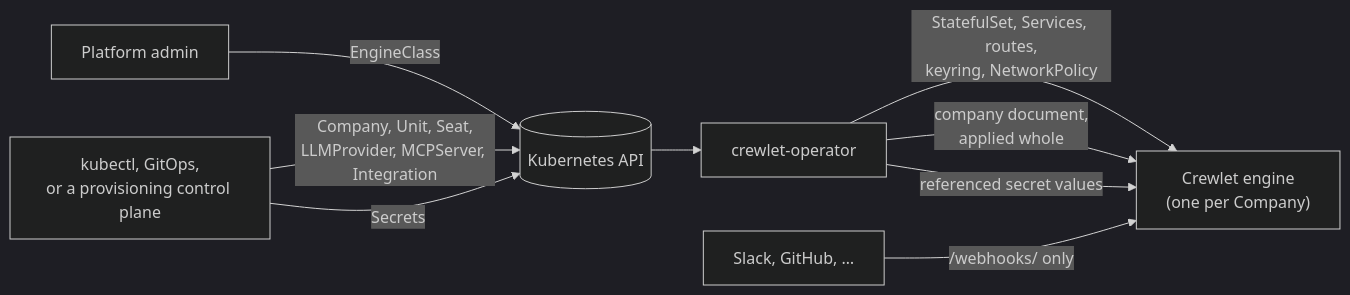
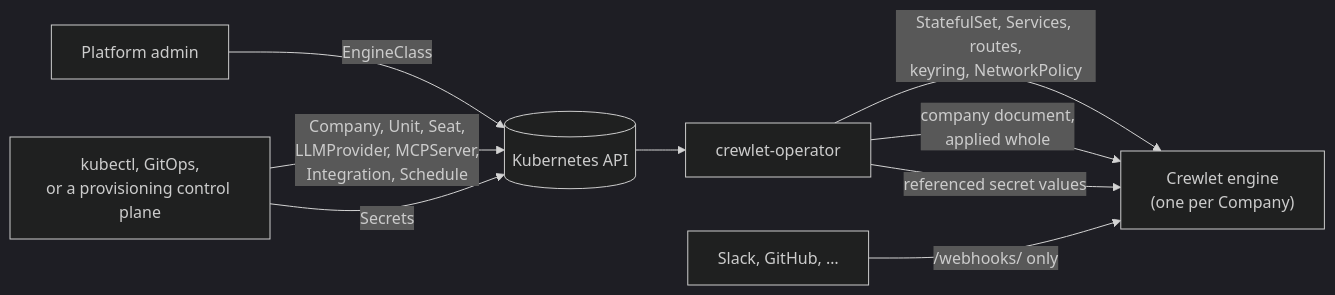
The diagram in README.md (crewlet/crewlet-operator), drawn with Mermaid (dark theme) before and after one commit. The commit also changed other lines of this file and 57 other files, not shown here.

````diff
--- a/README.md
+++ b/README.md
@@ -46,11 +46,11 @@
 ```mermaid
 flowchart LR
     platform["Platform admin"] -- EngineClass --> kapi[("Kubernetes API")]
-    users["kubectl, GitOps,<br/>or a provisioning control plane"] -- "Company, Unit, Seat,<br/>LLMProvider, MCPServer, Integration" --> kapi
+    users["kubectl, GitOps,<br/>or a provisioning control plane"] -- "Company, Unit, Seat,<br/>LLMProvider, MCPServer,<br/>Integration, Schedule" --> kapi
     users -- Secrets --> kapi
     kapi --> operator["crewlet-operator"]
     operator -- "StatefulSet, Services, routes,<br/>keyring, NetworkPolicy" --> engine["Crewlet engine<br/>(one per Company)"]
     operator -- "company document,<br/>applied whole" --> engine
     operator -- "referenced secret values" --> engine
     vendors["Slack, GitHub, …"] -- "/webhooks/ only" --> engine
 ```
````
